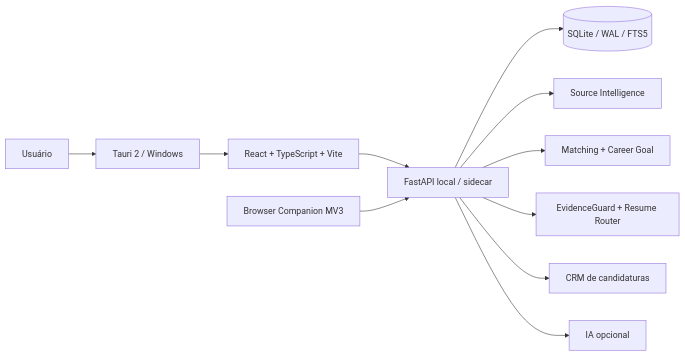
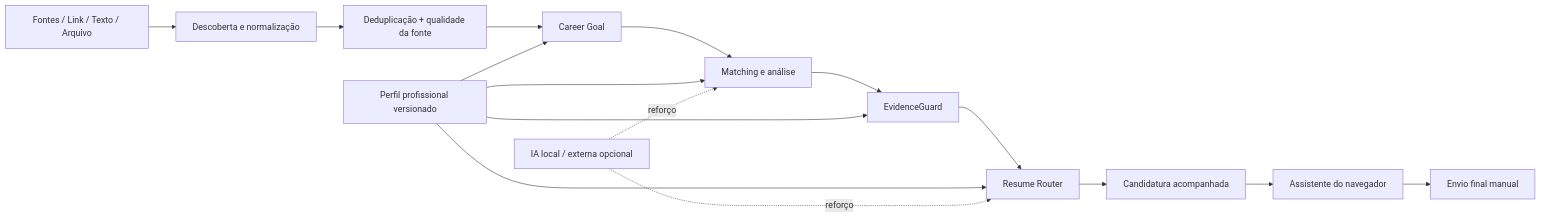
One commit to Mayconxzdev/CarreiraPessoal changed the diagram in README.md. Above: the diagram before and after it, drawn with Mermaid. The commit also changed other lines of this file, not shown here.

````diff
--- a/README.md
+++ b/README.md
@@ -47,13 +45,20 @@
 ```mermaid
 flowchart LR
-    U[Usuário] --> T[Tauri 2 / Windows]
-    T --> R[React + TypeScript + Vite]
-    R --> A[FastAPI local / sidecar]
-    A --> D[(SQLite / WAL / FTS5)]
-    A --> S[Source Intelligence]
-    A --> M[Matching + Career Goal]
-    A --> E[EvidenceGuard + Resume Router]
-    A --> C[CRM de candidaturas]
-    A --> P[IA opcional]
-    B[Browser Companion MV3] --> A
+    A[Fontes / Link / Texto / Arquivo] --> B[Descoberta e normalização]
+    B --> C[Deduplicação + qualidade da fonte]
+    C --> D[Career Goal]
+    D --> E[Matching e análise]
+    E --> F[EvidenceGuard]
+    F --> G[Resume Router]
+    G --> H[Candidatura acompanhada]
+    H --> I[Assistente do navegador]
+    I --> J[Envio final manual]
+
+    P[Perfil profissional versionado] --> D
+    P --> E
+    P --> F
+    P --> G
+
+    L[IA local / externa opcional] -. reforço .-> E
+    L -. reforço .-> G
 ```
````
